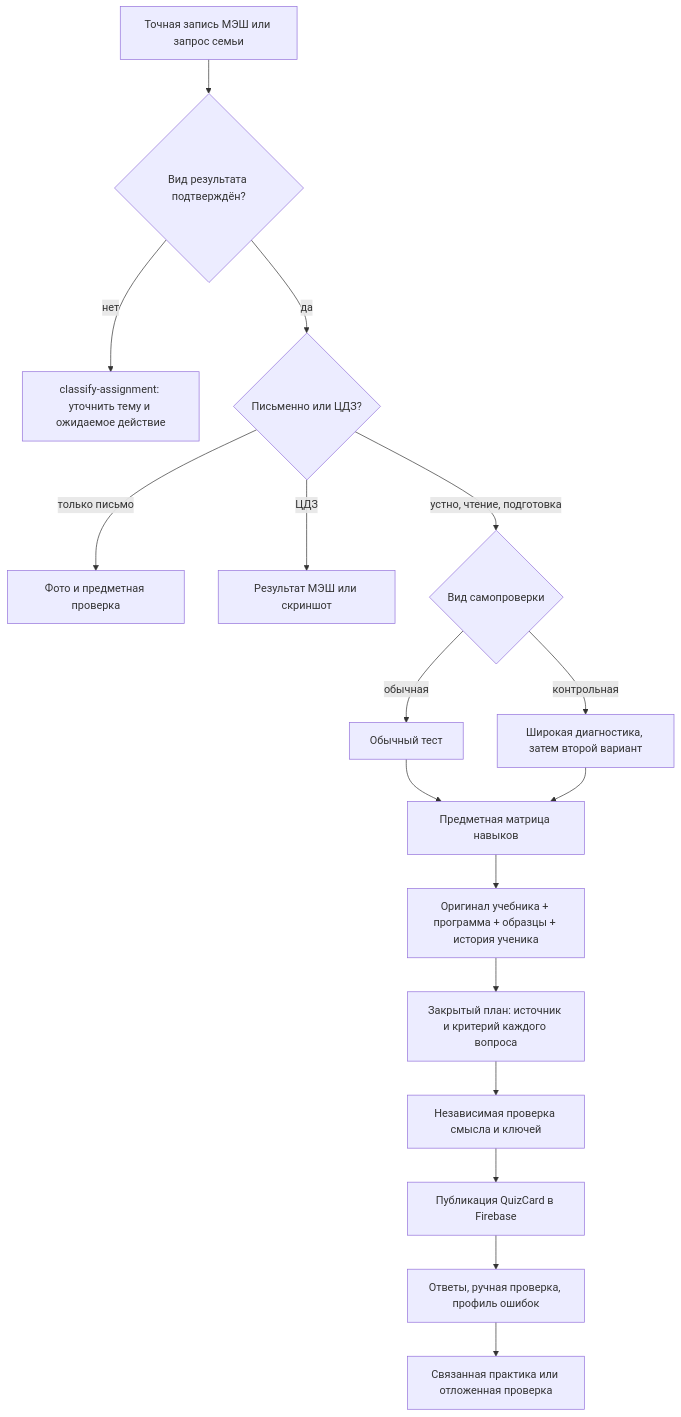
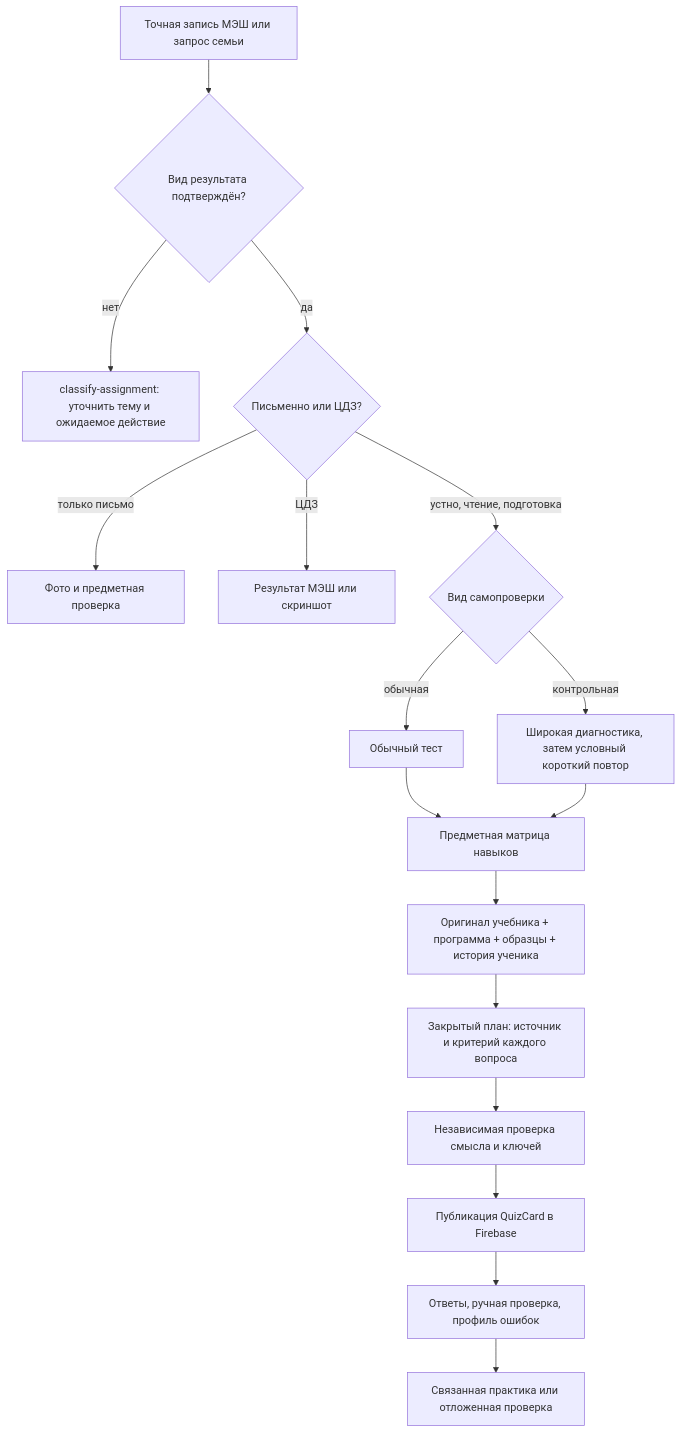
The diagram in docs/product/assessment-decision-graph.md (RubaXa/education-quizzes), drawn with Mermaid before and after one commit. The commit also changed other lines of this file and 2 other files, not shown here.

Commit message:
docs: align control follow-ups with quiz threshold

````diff
--- a/docs/product/assessment-decision-graph.md
+++ b/docs/product/assessment-decision-graph.md
@@ -5,19 +5,19 @@
 ```mermaid
 flowchart TD
   A[Точная запись МЭШ или запрос семьи] --> B{Вид результата подтверждён?}
   B -- нет --> X[classify-assignment: уточнить тему и ожидаемое действие]
   B -- да --> C{Письменно или ЦДЗ?}
   C -- только письмо --> W[Фото и предметная проверка]
   C -- ЦДЗ --> Z[Результат МЭШ или скриншот]
   C -- устно, чтение, подготовка --> D{Вид самопроверки}
   D -- обычная --> E[Обычный тест]
-  D -- контрольная --> F[Широкая диагностика, затем второй вариант]
+  D -- контрольная --> F[Широкая диагностика, затем условный короткий повтор]
   E --> G[Предметная матрица навыков]
   F --> G
   G --> H[Оригинал учебника + программа + образцы + история ученика]
   H --> I[Закрытый план: источник и критерий каждого вопроса]
   I --> J[Независимая проверка смысла и ключей]
   J --> K[Публикация QuizCard в Firebase]
   K --> L[Ответы, ручная проверка, профиль ошибок]
   L --> M[Связанная практика или отложенная проверка]
 ```
````
